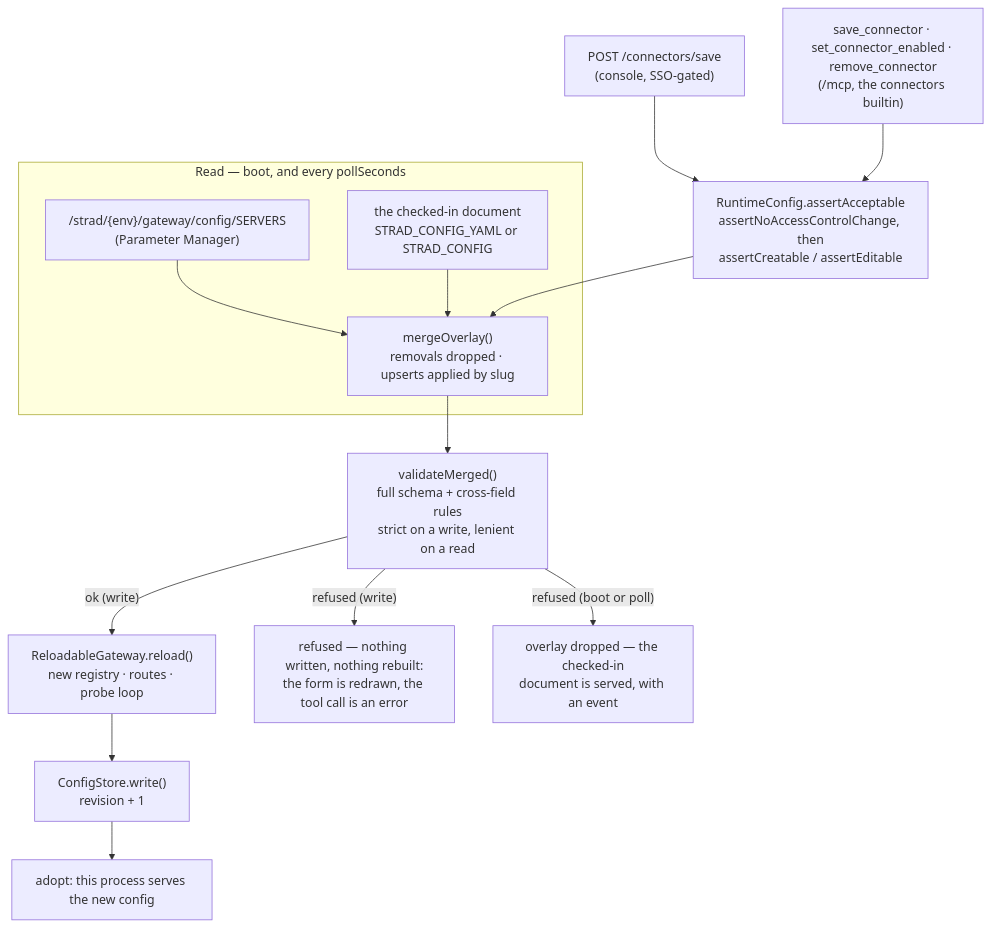
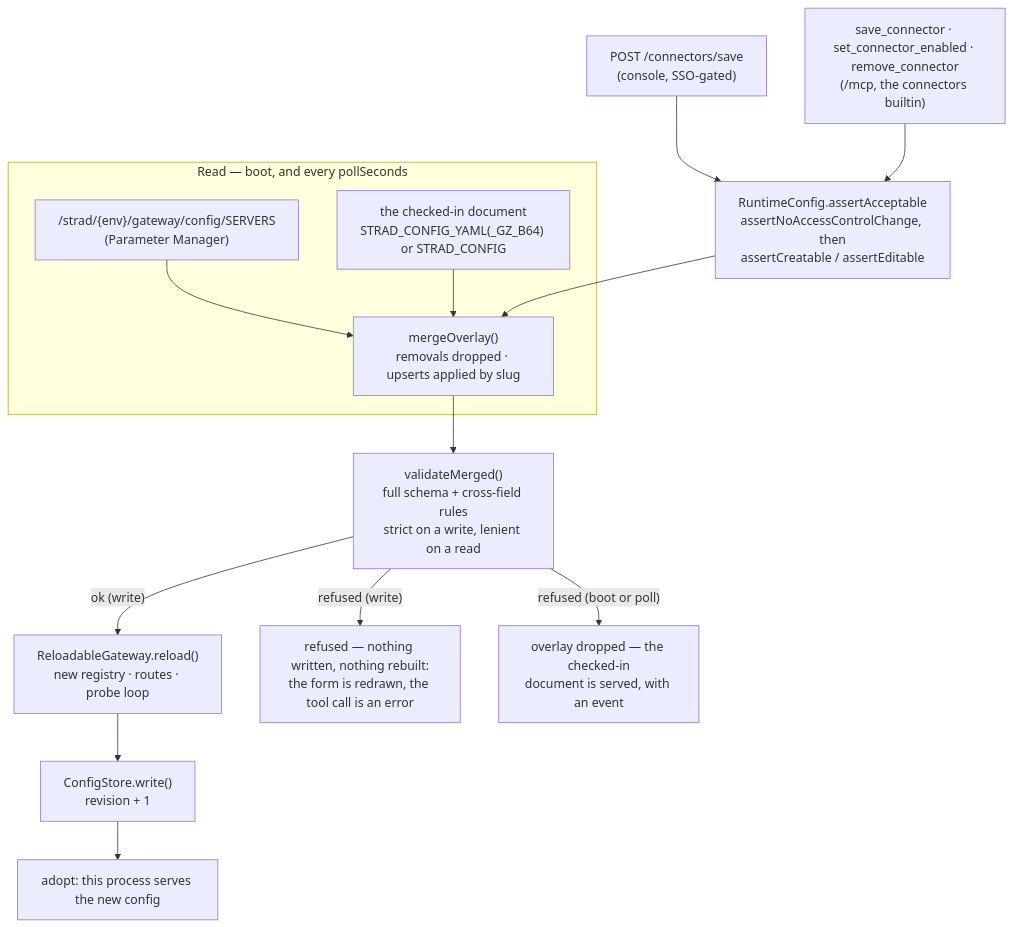
One commit to tadasant/strad changed the diagram in docs/src/content/docs/operate/runtime-config.md. Above: the diagram before and after it, drawn with Mermaid. The commit also changed 11 other files, not shown here.

First line of the commit message:
deploy: bake the config gzipped (STRAD_CONFIG_YAML_GZ_B64), boot decodes it

````diff
--- a/docs/src/content/docs/operate/runtime-config.md
+++ b/docs/src/content/docs/operate/runtime-config.md
@@ -147,28 +147,28 @@
 ```mermaid
 flowchart TB
     subgraph read["Read — boot, and every pollSeconds"]
         PM["/strad/{env}/gateway/config/SERVERS<br/>(Parameter Manager)"]
-        FILE["the checked-in document<br/>STRAD_CONFIG_YAML or STRAD_CONFIG"]
+        FILE["the checked-in document<br/>STRAD_CONFIG_YAML(_GZ_B64) or STRAD_CONFIG"]
         MERGE["mergeOverlay()<br/>removals dropped · upserts applied by slug"]
         PM --> MERGE
         FILE --> MERGE
     end
 
     SAVE["POST /connectors/save<br/>(console, SSO-gated)"]
     TOOL["save_connector · set_connector_enabled · remove_connector<br/>(/mcp, the connectors builtin)"]
     CREATE["RuntimeConfig.assertAcceptable<br/>assertNoAccessControlChange, then<br/>assertCreatable / assertEditable"]
     VAL["validateMerged()<br/>full schema + cross-field rules<br/>strict on a write, lenient on a read"]
     BUILD["ReloadableGateway.reload()<br/>new registry · routes · probe loop"]
     WRITE["ConfigStore.write()<br/>revision + 1"]
     ADOPT["adopt: this process serves the new config"]
     REFUSE["refused — nothing written, nothing rebuilt:<br/>the form is redrawn, the tool call is an error"]
     DROP["overlay dropped — the checked-in<br/>document is served, with an event"]
 
     SAVE --> CREATE
     TOOL --> CREATE
     CREATE --> MERGE
     MERGE --> VAL
     VAL -->|"ok (write)"| BUILD --> WRITE --> ADOPT
     VAL -->|"refused (write)"| REFUSE
     VAL -->|"refused (boot or poll)"| DROP
 ```
````
